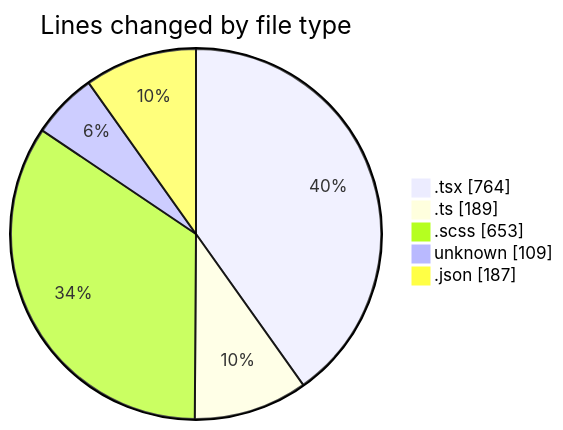
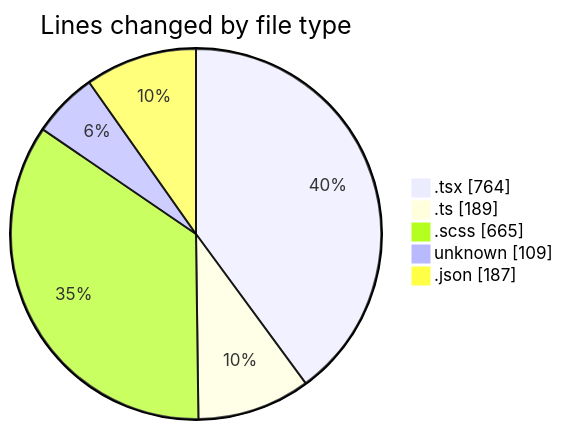
One commit to momahboobian/code-tracking changed the first of 2 diagrams in 2026-04-15/cda/README.md. Above: the diagram before and after it, drawn with Mermaid. The commit also changed other lines of this file and 1 other file, not shown here.

````diff
--- a/2026-04-15/cda/README.md
+++ b/2026-04-15/cda/README.md
@@ -34,9 +34,9 @@
 ```mermaid
 pie showData
 title Lines changed by file type
 ".tsx" : 764
 ".ts" : 189
-".scss" : 653
+".scss" : 665
 "unknown" : 109
 ".json" : 187
 ```
````
